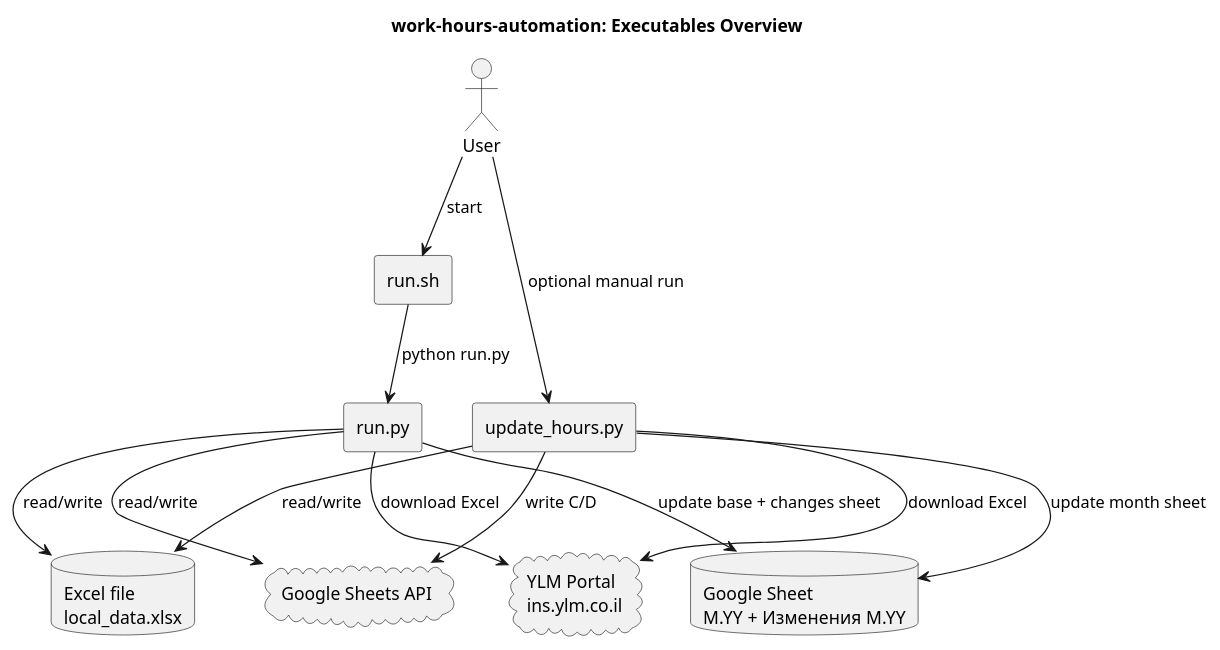
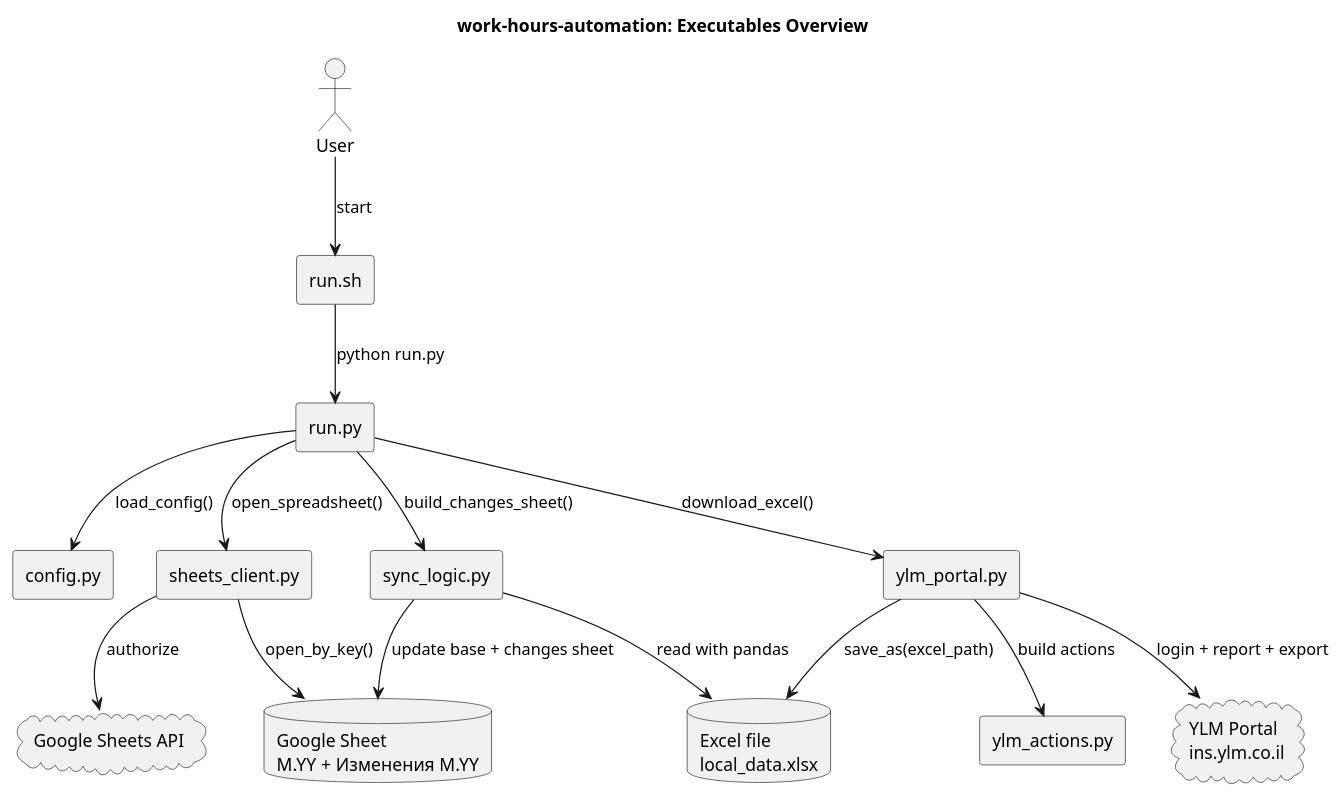
The first of 8 diagrams in work-hours-automation.puml (MrCode1970/work-hours-automation), drawn with PlantUML before and after one commit. The commit also changed other lines of this file and 3 other files, not shown here.

Commit message:
Ручной режим портала и обновление диаграммы

```diff
--- a/work-hours-automation.puml
+++ b/work-hours-automation.puml
@@ -1,33 +1,38 @@
 @startuml
 title work-hours-automation: Executables Overview
 
 skinparam componentStyle rectangle
 skinparam shadowing false
 
 actor "User" as User
 component "run.sh" as RunSh
 component "run.py" as RunPy
-component "update_hours.py" as UpdateHours
+component "config.py" as Config
+component "sheets_client.py" as SheetsClient
+component "sync_logic.py" as SyncLogic
+component "ylm_portal.py" as Portal
+component "ylm_actions.py" as Actions
 
 cloud "YLM Portal\nins.ylm.co.il" as YLM
 cloud "Google Sheets API" as GAPI
 
 database "Excel file\nlocal_data.xlsx" as Excel
 
 database "Google Sheet\nM.YY + Изменения M.YY" as GSheet
 
 User --> RunSh : start
 RunSh --> RunPy : python run.py
-User --> UpdateHours : optional manual run
 
-RunPy --> YLM : download Excel
-RunPy --> Excel : read/write
-RunPy --> GAPI : read/write
-RunPy --> GSheet : update base + changes sheet
-
-UpdateHours --> YLM : download Excel
-UpdateHours --> Excel : read/write
-UpdateHours --> GAPI : write C/D
-UpdateHours --> GSheet : update month sheet
+RunPy --> Config : load_config()
+RunPy --> Portal : download_excel()
+Portal --> Actions : build actions
+Portal --> YLM : login + report + export
+Portal --> Excel : save_as(excel_path)
+RunPy --> SheetsClient : open_spreadsheet()
+SheetsClient --> GAPI : authorize
+SheetsClient --> GSheet : open_by_key()
+RunPy --> SyncLogic : build_changes_sheet()
+SyncLogic --> Excel : read with pandas
+SyncLogic --> GSheet : update base + changes sheet
 
 @enduml
```
